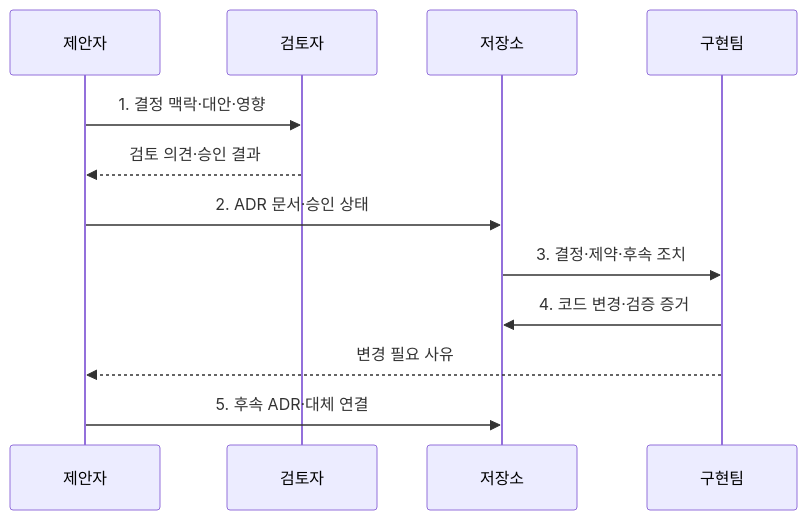
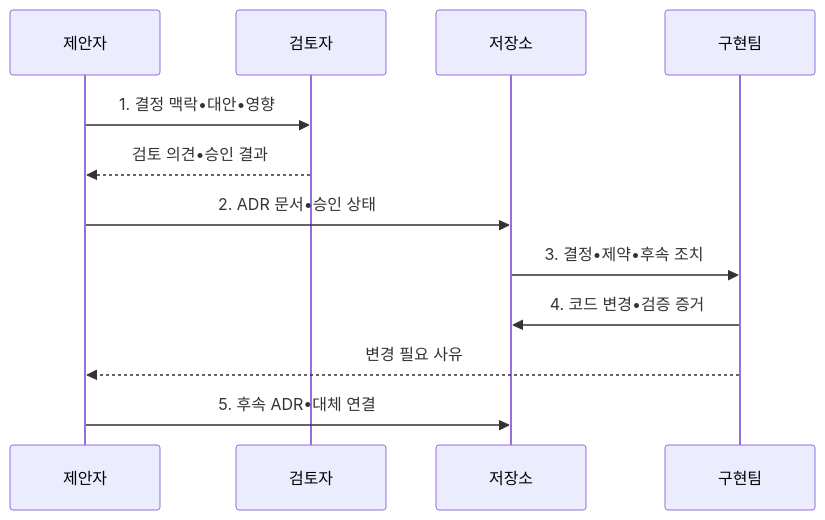
Before and after one commit to agnusdei1207/knowledge-base: the second of 2 diagrams in src/content/docs/notes/03-software/076_architecture_decision_record.md, drawn with Mermaid. The commit also changed other lines of this file and 953 other files, not shown here.

````diff
--- a/src/content/docs/notes/03-software/076_architecture_decision_record.md
+++ b/src/content/docs/notes/03-software/076_architecture_decision_record.md
@@ -101,14 +101,14 @@
 ```mermaid
 sequenceDiagram
     participant P as 제안자
     participant R as 검토자
     participant V as 저장소
     participant I as 구현팀
-    P->>R: 1. 결정 맥락·대안·영향
-    R-->>P: 검토 의견·승인 결과
-    P->>V: 2. ADR 문서·승인 상태
-    V->>I: 3. 결정·제약·후속 조치
-    I->>V: 4. 코드 변경·검증 증거
+    P->>R: 1. 결정 맥락•대안•영향
+    R-->>P: 검토 의견•승인 결과
+    P->>V: 2. ADR 문서•승인 상태
+    V->>I: 3. 결정•제약•후속 조치
+    I->>V: 4. 코드 변경•검증 증거
     I-->>P: 변경 필요 사유
-    P->>V: 5. 후속 ADR·대체 연결
+    P->>V: 5. 후속 ADR•대체 연결
 ```
````
